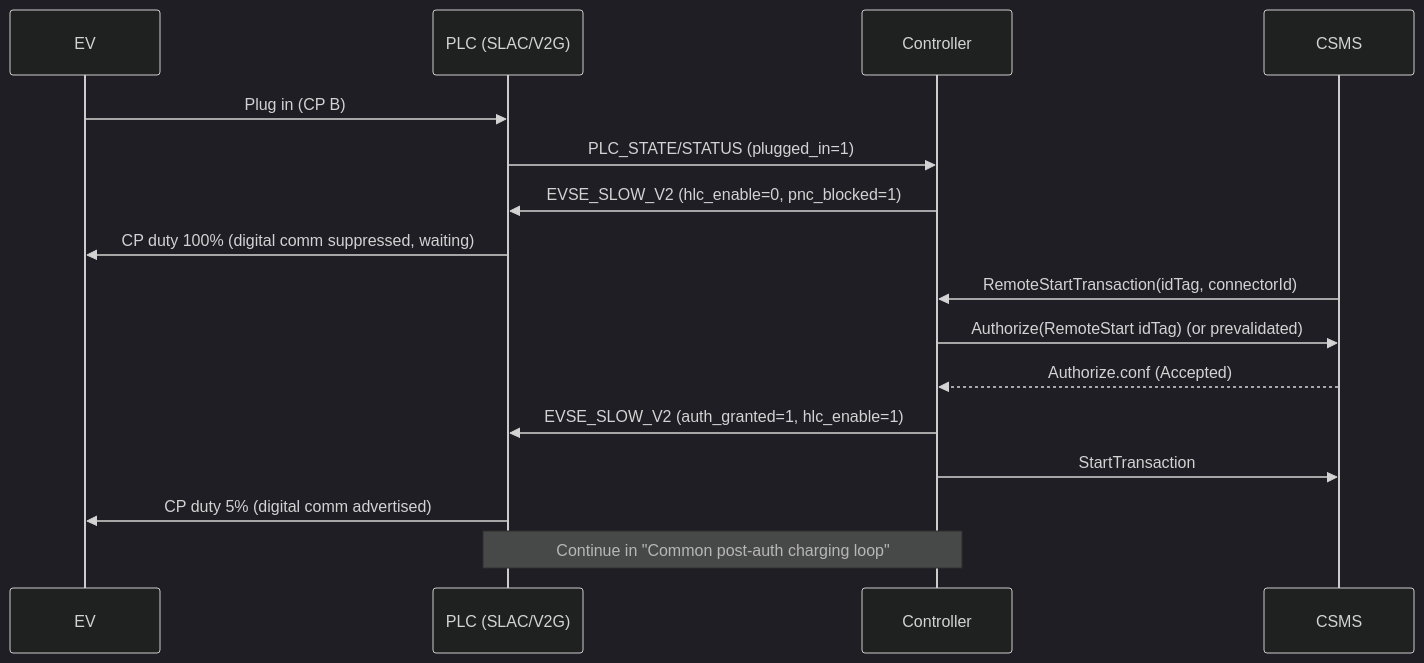
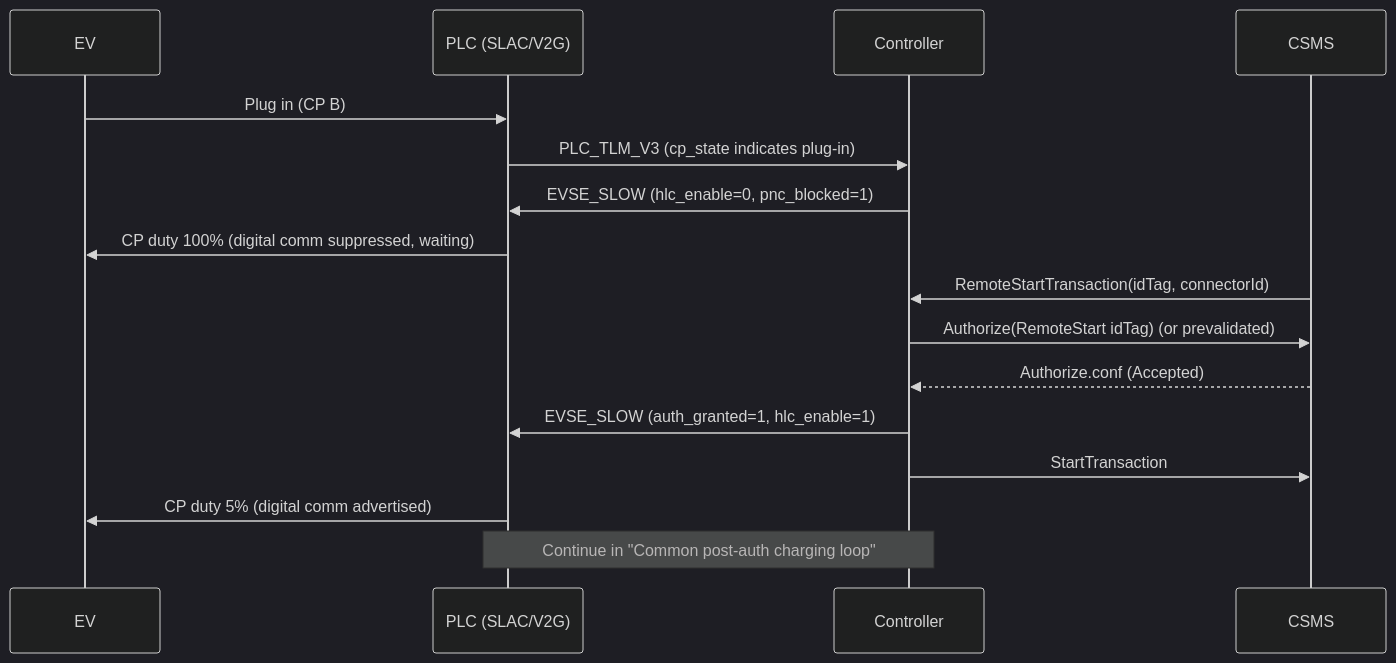
Before and after one commit to hyndex/DC-OCPP: the fifth of 6 diagrams in README.md, drawn with Mermaid (dark theme). The commit also changed other lines of this file and 13 other files, not shown here.

````diff
--- a/README.md
+++ b/README.md
@@ -337,20 +337,20 @@
 ```mermaid
 sequenceDiagram
     participant EV
     participant PLC as PLC (SLAC/V2G)
     participant CTRL as Controller
     participant CSMS
 
     EV->>PLC: Plug in (CP B)
-    PLC->>CTRL: PLC_STATE/STATUS (plugged_in=1)
-    CTRL->>PLC: EVSE_SLOW_V2 (hlc_enable=0, pnc_blocked=1)
+    PLC->>CTRL: PLC_TLM_V3 (cp_state indicates plug-in)
+    CTRL->>PLC: EVSE_SLOW (hlc_enable=0, pnc_blocked=1)
     PLC->>EV: CP duty 100% (digital comm suppressed, waiting)
 
     CSMS->>CTRL: RemoteStartTransaction(idTag, connectorId)
     CTRL->>CSMS: Authorize(RemoteStart idTag) (or prevalidated)
     CSMS-->>CTRL: Authorize.conf (Accepted)
-    CTRL->>PLC: EVSE_SLOW_V2 (auth_granted=1, hlc_enable=1)
+    CTRL->>PLC: EVSE_SLOW (auth_granted=1, hlc_enable=1)
     CTRL->>CSMS: StartTransaction
     PLC->>EV: CP duty 5% (digital comm advertised)
     Note over PLC,CTRL: Continue in "Common post-auth charging loop"
 ```
````
